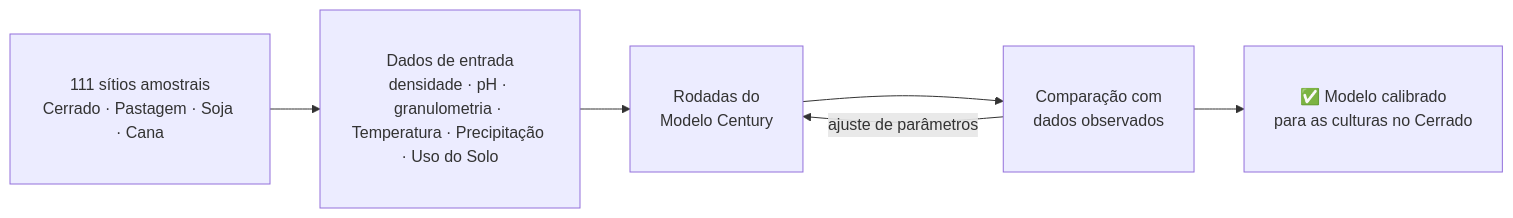
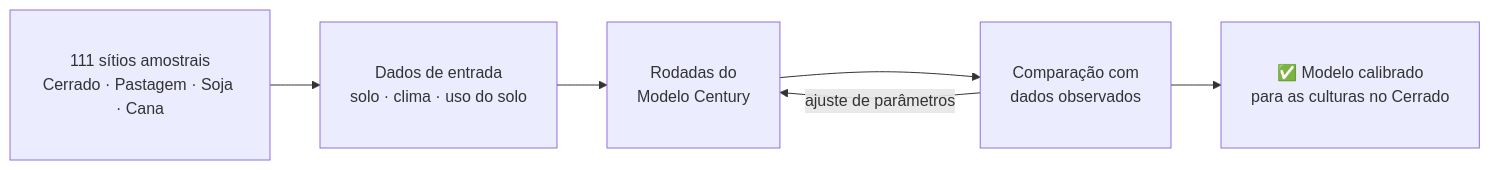
One commit to FelipeJesusRemoteSensing/CarbonProgram changed the diagram in docs/mds/referencias_conceituais.md. Above: the diagram before and after it, drawn with Mermaid.

````diff
--- a/docs/mds/referencias_conceituais.md
+++ b/docs/mds/referencias_conceituais.md
@@ -25,9 +25,9 @@
 ```mermaid
 flowchart LR
     classDef default fontSize:30px,padding:20px;
-    A[111 sítios amostrais<br>Cerrado · Pastagem · Soja · Cana] --> B[Dados de entrada<br>densidade · pH · granulometria · Temperatura · Precipitação · Uso do Solo]
+    A[111 sítios amostrais<br>Cerrado · Pastagem · Soja · Cana] --> B[Dados de entrada<br>solo · clima · uso do solo]
     B --> C[Rodadas do<br>Modelo Century]
     C --> D[Comparação com<br>dados observados]
     D -->|ajuste de parâmetros| C
     D --> E[✅ Modelo calibrado<br>para as culturas no Cerrado]
 ```
````
